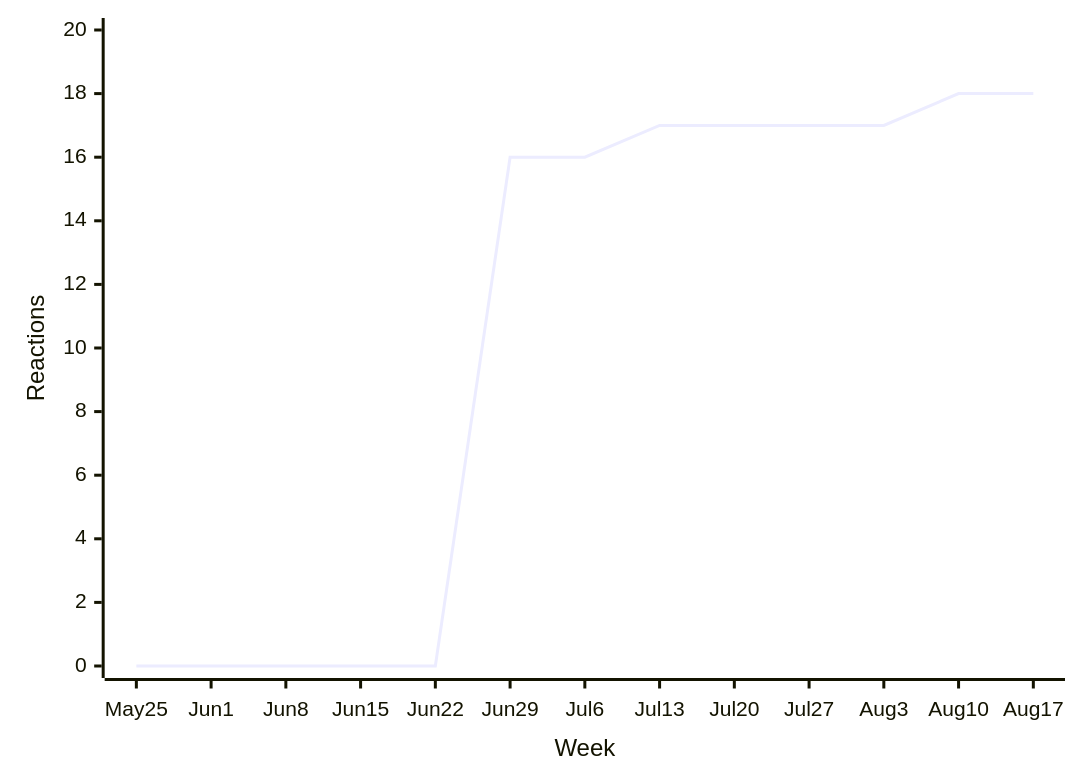
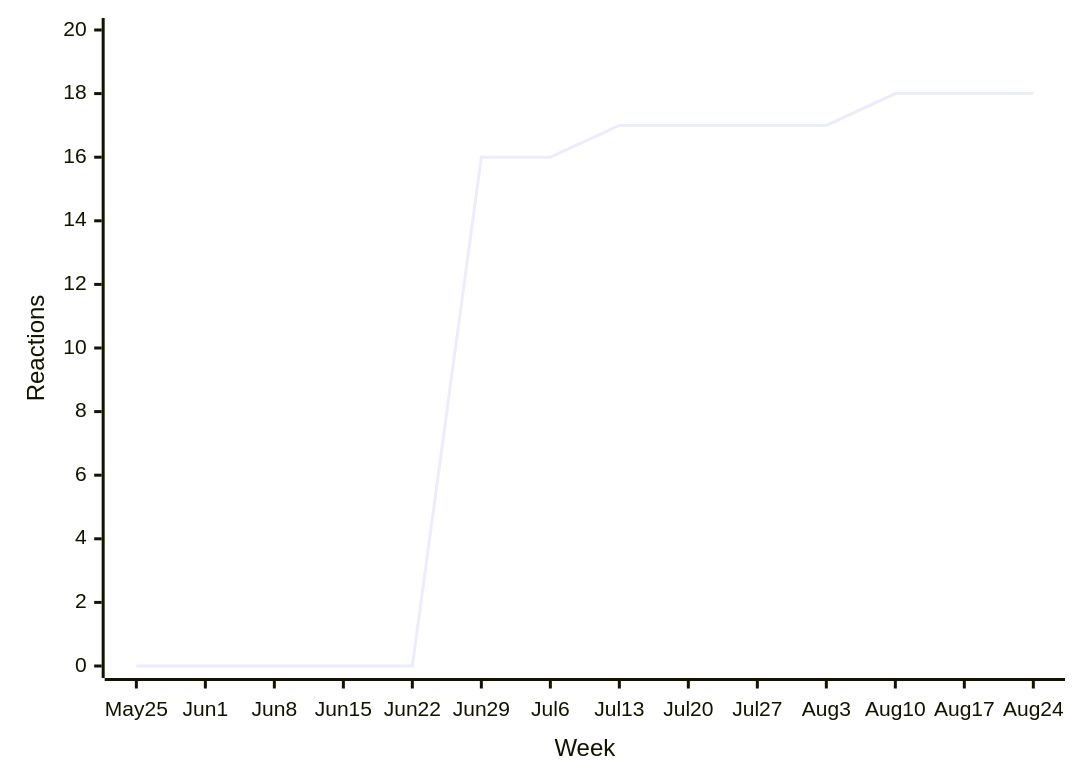
Before and after one commit to loic-sharma/github-insights: the seventh of 38 diagrams in README.md, drawn with Mermaid. The commit also changed other lines of this file and 3 other files, not shown here.

````diff
--- a/README.md
+++ b/README.md
@@ -426,6 +426,6 @@
   ```mermaid
   xychart-beta
-    x-axis "Week" [May 25, Jun 1, Jun 8, Jun 15, Jun 22, Jun 29, Jul 6, Jul 13, Jul 20, Jul 27, Aug 3, Aug 10, Aug 17]
+    x-axis "Week" [May 25, Jun 1, Jun 8, Jun 15, Jun 22, Jun 29, Jul 6, Jul 13, Jul 20, Jul 27, Aug 3, Aug 10, Aug 17, Aug 24]
     y-axis "Reactions" 0 --> 20
-    line [0, 0, 0, 0, 0, 16, 16, 17, 17, 17, 17, 18, 18]
+    line [0, 0, 0, 0, 0, 16, 16, 17, 17, 17, 17, 18, 18, 18]
   ```
````
